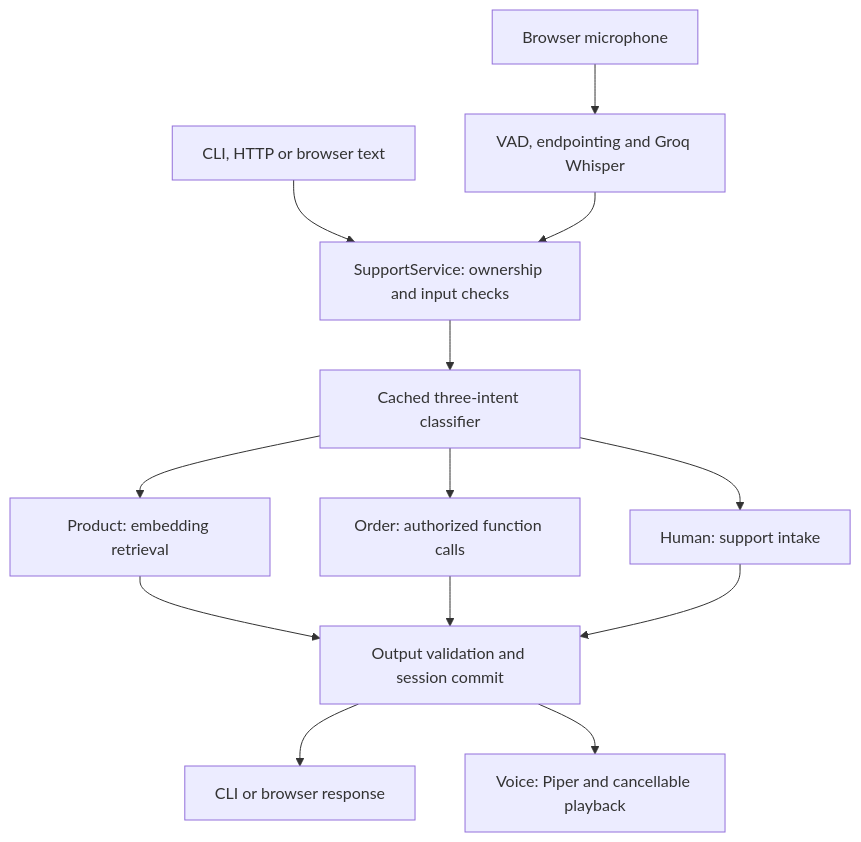
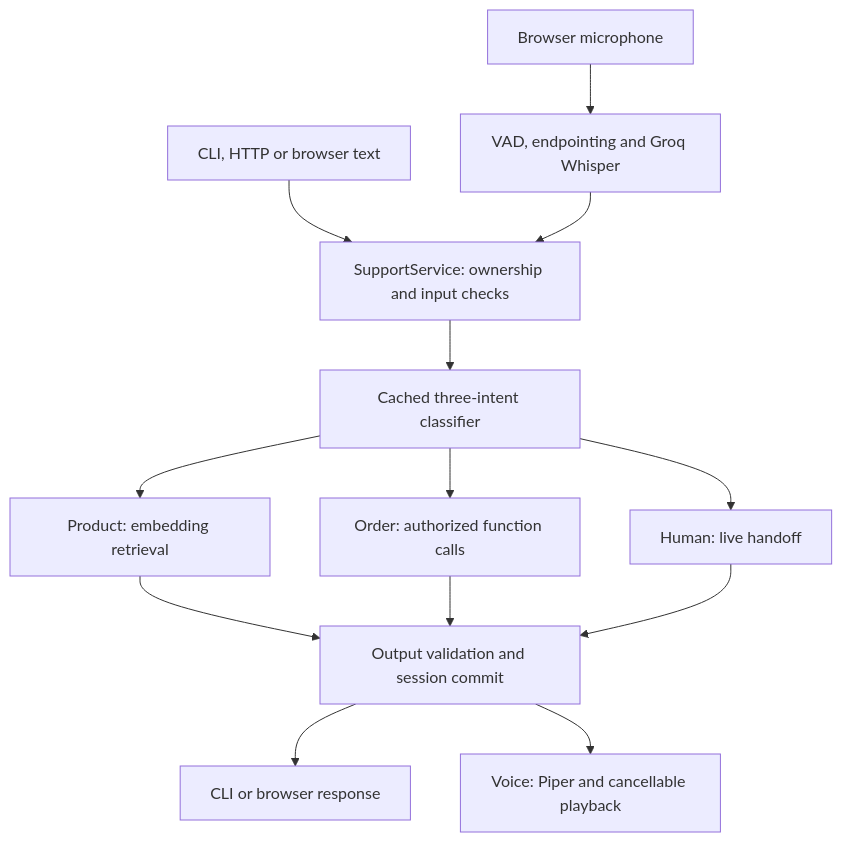
One commit to mohit-rathod/Aegis changed the diagram in ARCHITECTURE.md. Above: the diagram before and after it, drawn with Mermaid. The commit also changed other lines of this file and 58 other files, not shown here.

````diff
--- a/ARCHITECTURE.md
+++ b/ARCHITECTURE.md
@@ -7,15 +7,15 @@
 ```mermaid
 flowchart TD
     Text["CLI, HTTP or browser text"] --> Guard["SupportService: ownership and input checks"]
     Mic["Browser microphone"] --> STT["VAD, endpointing and Groq Whisper"]
     STT --> Guard
     Guard --> Router["Cached three-intent classifier"]
     Router --> RAG["Product: embedding retrieval"]
     Router --> Order["Order: authorized function calls"]
-    Router --> Human["Human: support intake"]
+    Router --> Human["Human: live handoff"]
     RAG --> Output["Output validation and session commit"]
     Order --> Output
     Human --> Output
     Output --> Reply["CLI or browser response"]
     Output --> Audio["Voice: Piper and cancellable playback"]
 ```
````
